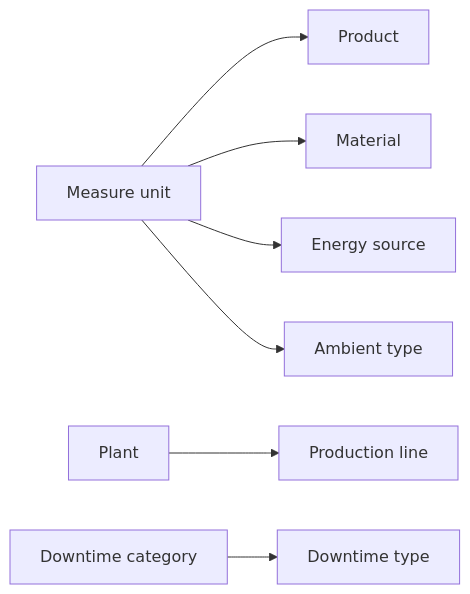
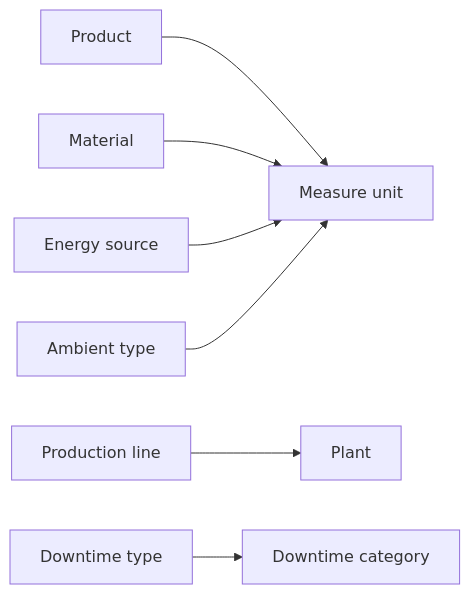
One commit to Tom-PIT/TomPIT.Pulse.Connector changed the diagram in docs/integration/master-data.md. Above: the diagram before and after it, drawn with Mermaid. The commit also changed other lines of this file and 2 other files, not shown here.

````diff
--- a/docs/integration/master-data.md
+++ b/docs/integration/master-data.md
@@ -70,9 +70,10 @@
 ```mermaid
 graph LR
-  A[Measure unit] --> B[Product]
-  A --> C[Material]
-  A --> D[Energy source]
-  E[Plant] --> F[Production line]
-  G[Downtime category] --> H[Downtime type]
-  A --> I[Ambient type]
+  A[Product] --> B[Measure unit]
+  C[Material] --> B[Measure unit]
+  D[Energy source] --> B[Measure unit]
+  I[Ambient type] --> B[Measure unit]
+  F[Production line] --> E[Plant]
+  H[Downtime type] --> G[Downtime category]
+  
 ```
````
